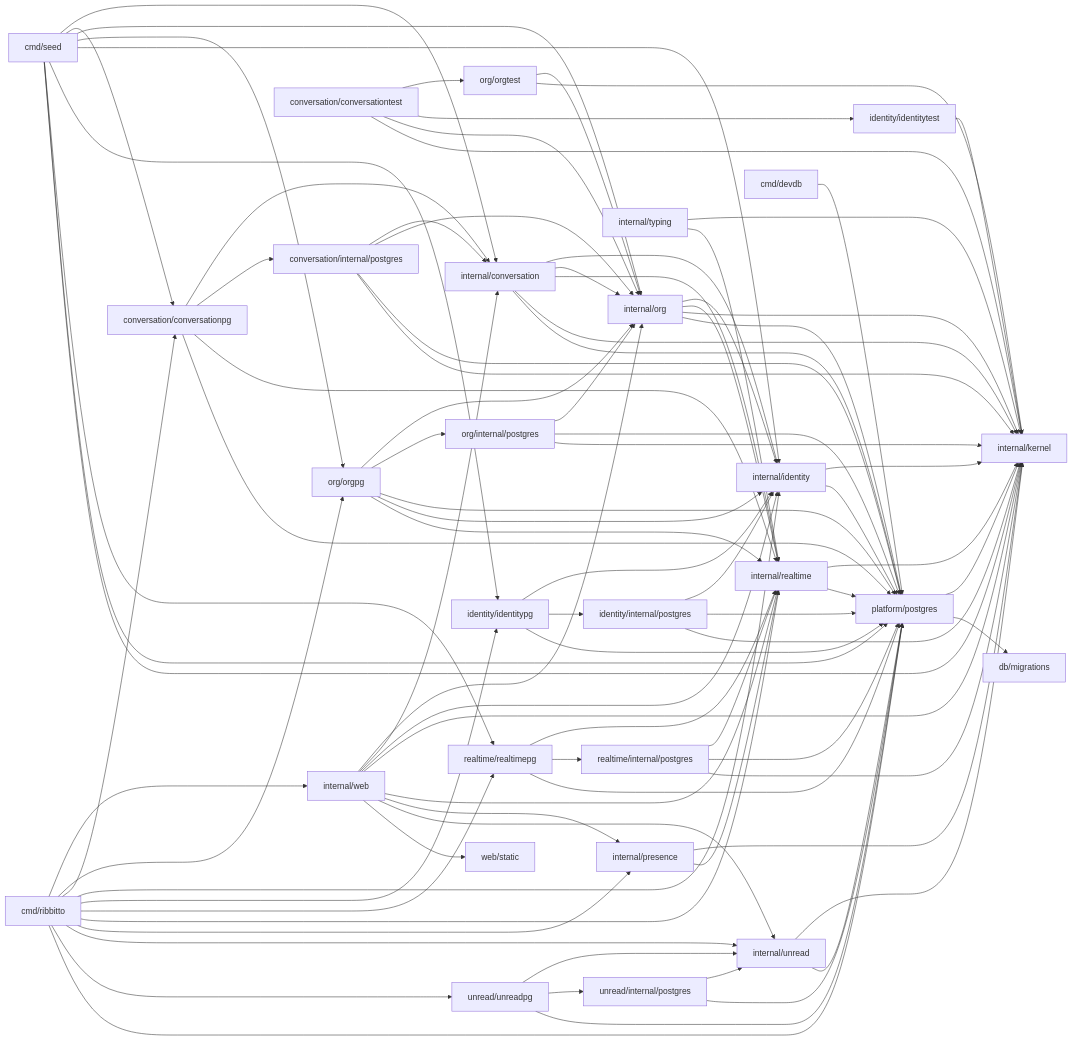
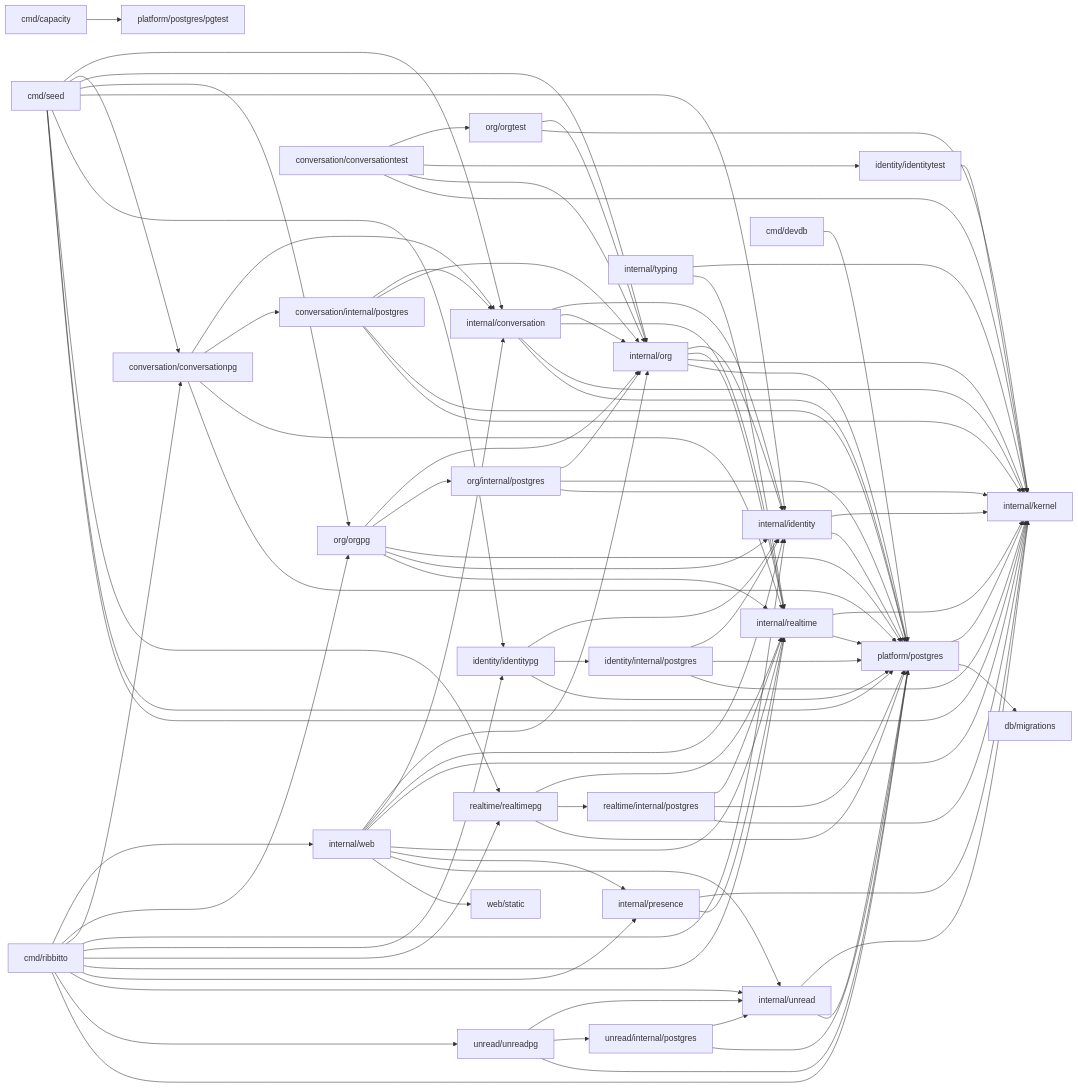
Before and after one commit to tkakkie/ribbitto: the diagram in docs/architecture/packages.md, drawn with Mermaid. The commit also changed other lines of this file and 11 other files, not shown here.

````diff
--- a/docs/architecture/packages.md
+++ b/docs/architecture/packages.md
@@ -45,28 +49,29 @@
 ```mermaid
 flowchart LR
   cmd[cmd/ribbitto] --> web & orgpg[org/orgpg] & conversationpg[conversation/conversationpg] & identity & identitypg[identity/identitypg] & realtimepg & realtime & presence & unread & unreadpg & platform[platform/postgres]
   seed[cmd/seed] --> conversation & conversationpg & org & orgpg & identity & identitypg & realtimepg & platform & kernel
   devdb[cmd/devdb] --> platform
+  capacity[cmd/capacity] --> pgtest[platform/postgres/pgtest]
   web[internal/web] --> org & conversation & identity & kernel & realtime & presence & unread & static[web/static]
   conversationpg --> conversation[internal/conversation] & cstore[conversation/internal/postgres] & realtime & platform
   conversation --> identity & org & realtime & kernel & platform
   cstore --> conversation & org & platform & kernel
   conversationtest[conversation/conversationtest] --> orgtest[org/orgtest] & identitytest[identity/identitytest] & org & kernel
   orgtest --> org & kernel
   identitytest --> kernel
   realtime[internal/realtime] --> kernel & platform
   realtimepg[realtime/realtimepg] --> realtime & rstore[realtime/internal/postgres] & platform
   rstore --> realtime & platform & kernel
   org[internal/org] --> identity & realtime & kernel & platform
   orgpg --> org & ostore[org/internal/postgres] & platform & identity & realtime
   ostore --> org & platform & kernel
   identity[internal/identity] --> kernel & platform
   identitypg --> identity & store[identity/internal/postgres] & platform
   store --> identity & platform & kernel
   presence[internal/presence] --> kernel & realtime
   typing[internal/typing] --> kernel & realtime
   unread[internal/unread] --> kernel & platform
   unreadpg[unread/unreadpg] --> unread & ustore[unread/internal/postgres] & platform
   ustore --> unread & platform
   platform --> kernel[internal/kernel] & migrations[db/migrations]
 ```
````
